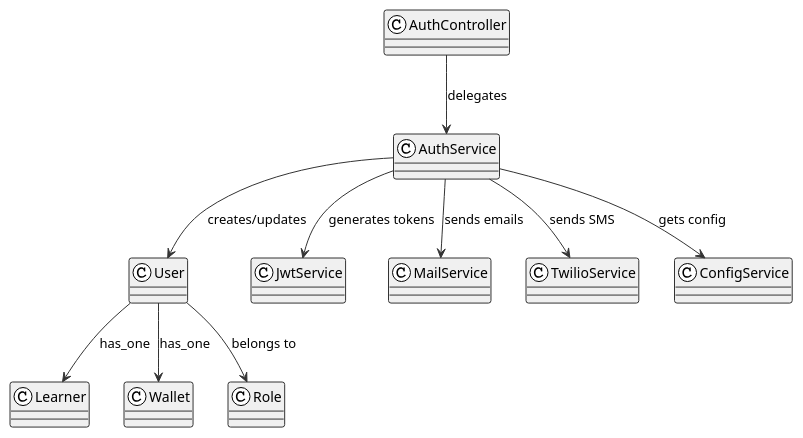
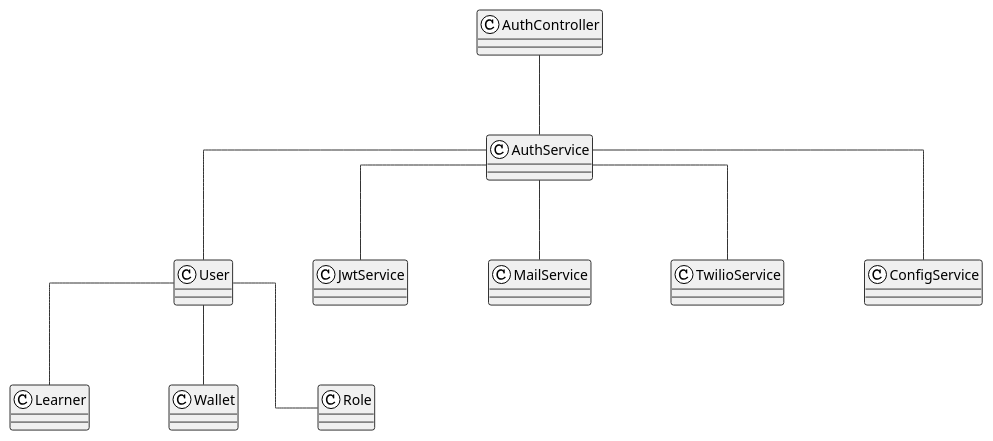
The diagram in diagrams/details/register/class.puml (gs4lthung/capstone-project-be), drawn with PlantUML before and after one commit. The commit also changed 34 other files, not shown here.

First line of the commit message:
Add diagrams for AI subject generation, login module, and manage course features

```diff
--- a/diagrams/details/register/class.puml
+++ b/diagrams/details/register/class.puml
@@ -1,79 +1,81 @@
 @startuml RegisterClassDiagram
 !theme plain
+skinparam linetype ortho
+skinparam nodesep 80
+skinparam ranksep 80
 skinparam classBackgroundColor #f0f0f0
 skinparam classBorderColor #333
 skinparam arrowColor #333
 
 ' ════════════════════════════════════════════════════════════════════════════════════
 ' CONTROLLER LAYER
 ' ════════════════════════════════════════════════════════════════════════════════════
 
 class AuthController {
 
 }
 
 ' ════════════════════════════════════════════════════════════════════════════════════
 ' SERVICE LAYER
 ' ════════════════════════════════════════════════════════════════════════════════════
 
 class AuthService {
 
 }
 
 ' ════════════════════════════════════════════════════════════════════════════════════
 ' ENTITY LAYER
 ' ════════════════════════════════════════════════════════════════════════════════════
 
 class User {
 
 }
 
 class Learner {
 
 }
 
 class Wallet {
 
 }
 
 class Role {
 
 }
 
 ' ════════════════════════════════════════════════════════════════════════════════════
 ' UTILITY LAYER
 ' ════════════════════════════════════════════════════════════════════════════════════
 
 class JwtService {
 
 }
 
 class MailService {
 
 }
 
 class TwilioService {
 
 }
 
 class ConfigService {
 
 }
 
 ' ════════════════════════════════════════════════════════════════════════════════════
 ' RELATIONSHIPS
 ' ════════════════════════════════════════════════════════════════════════════════════
 
-AuthController --> AuthService: delegates
 
-AuthService --> User: creates/updates
-AuthService --> JwtService: generates tokens
-AuthService --> MailService: sends emails
-AuthService --> TwilioService: sends SMS
-AuthService --> ConfigService: gets config
-
-User --> Role: belongs to
-User --> Learner: has_one
-User --> Wallet: has_one
+AuthController -- AuthService
+AuthService -- User
+AuthService -- JwtService
+AuthService -- MailService
+AuthService -- TwilioService
+AuthService -- ConfigService
+User -- Role
+User -- Learner
+User -- Wallet
 
 @enduml
```
